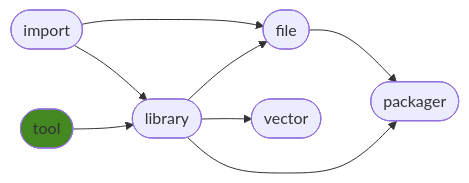
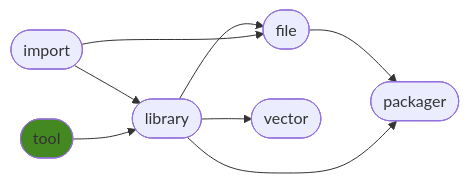
Before and after one commit to ManderaGeneral/generaltool: the diagram in README.md, drawn with Mermaid. The commit also changed other lines of this file and 1 other file, not shown here.

````diff
--- a/README.md
+++ b/README.md
@@ -23,17 +23,17 @@
 ```mermaid
 flowchart LR
+2([library]) --> 4([vector])
+0([import]) --> 2([library])
+3([file]) --> 5([packager])
+2([library]) --> 5([packager])
+1([tool]) --> 2([library])
+2([library]) --> 3([file])
 0([import]) --> 3([file])
-3([file]) --> 5([packager])
-2([library]) --> 4([vector])
-2([library]) --> 3([file])
-0([import]) --> 2([library])
-1([tool]) --> 2([library])
-2([library]) --> 5([packager])
 click 0 "https://github.com/ManderaGeneral/generalimport"
 click 1 "https://github.com/ManderaGeneral/generaltool"
 click 2 "https://github.com/ManderaGeneral/generallibrary"
 click 3 "https://github.com/ManderaGeneral/generalfile"
 click 4 "https://github.com/ManderaGeneral/generalvector"
 click 5 "https://github.com/ManderaGeneral/generalpackager"
 style 1 fill:#482
 ```
````
